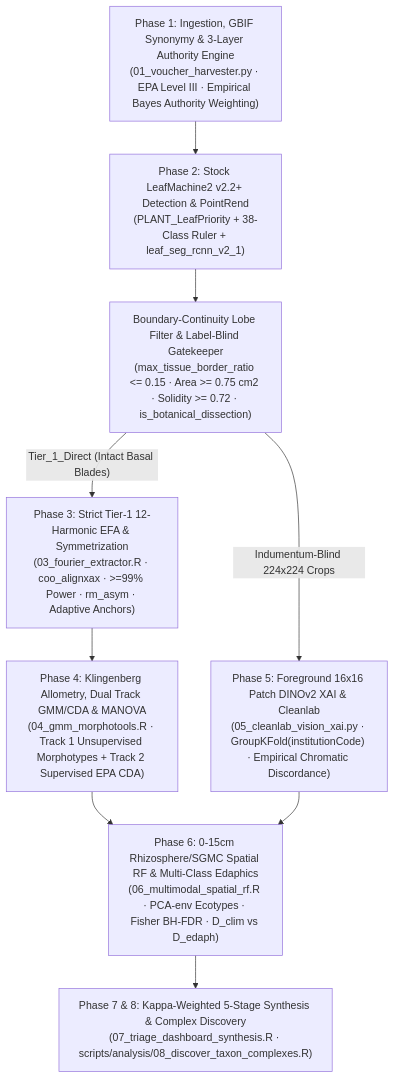
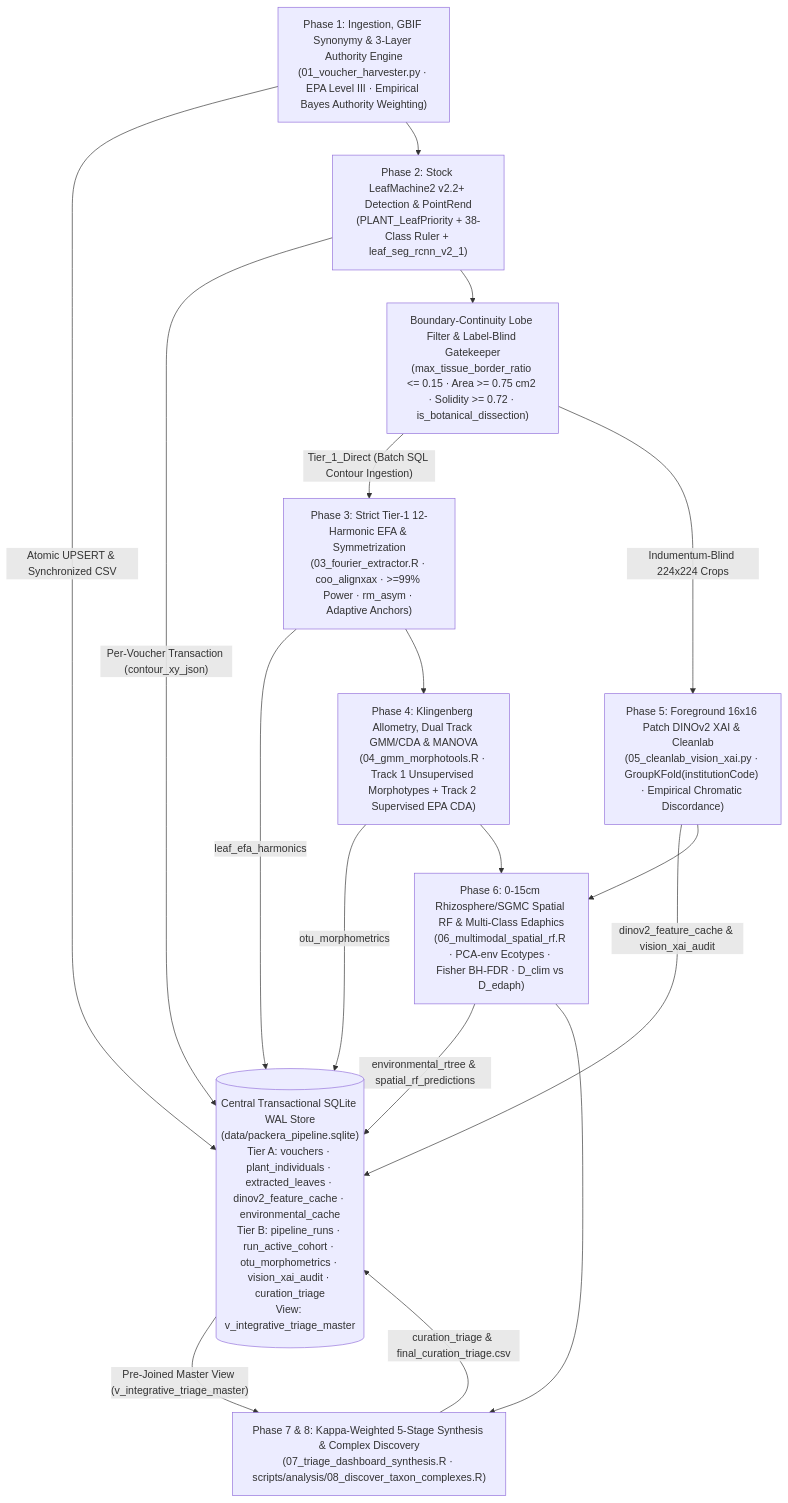
The diagram in README.md (Plantatsrophe/Packera_dubia_morphometrics), drawn with Mermaid before and after one commit. The commit also changed other lines of this file and 9 other files, not shown here.

Commit message:
feat: migrate pipeline storage to SQLite WAL mode with batch contour ingestion and feature caching

````diff
--- a/README.md
+++ b/README.md
@@ -83,10 +87,20 @@
 ```mermaid
 flowchart TD
-    B1["Phase 1: Ingestion, GBIF Synonymy & 3-Layer Authority Engine\n(01_voucher_harvester.py · EPA Level III · Empirical Bayes Authority Weighting)"] --> B2["Phase 2: Stock LeafMachine2 v2.2+ Detection & PointRend\n(PLANT_LeafPriority + 38-Class Ruler + leaf_seg_rcnn_v2_1)"]
+    DB[("Central Transactional SQLite WAL Store\n(data/packera_pipeline.sqlite)\nTier A: vouchers · plant_individuals · extracted_leaves · dinov2_feature_cache · environmental_cache\nTier B: pipeline_runs · run_active_cohort · otu_morphometrics · vision_xai_audit · curation_triage\nView: v_integrative_triage_master")]
+
+    B1["Phase 1: Ingestion, GBIF Synonymy & 3-Layer Authority Engine\n(01_voucher_harvester.py · EPA Level III · Empirical Bayes Authority Weighting)"] -->|"Atomic UPSERT & Synchronized CSV"| DB
+    B1 --> B2["Phase 2: Stock LeafMachine2 v2.2+ Detection & PointRend\n(PLANT_LeafPriority + 38-Class Ruler + leaf_seg_rcnn_v2_1)"]
+    B2 -->|"Per-Voucher Transaction (contour_xy_json)"| DB
     B2 --> B3["Boundary-Continuity Lobe Filter & Label-Blind Gatekeeper\n(max_tissue_border_ratio <= 0.15 · Area >= 0.75 cm2 · Solidity >= 0.72 · is_botanical_dissection)"]
-    B3 -->|"Tier_1_Direct (Intact Basal Blades)"| B4["Phase 3: Strict Tier-1 12-Harmonic EFA & Symmetrization\n(03_fourier_extractor.R · coo_alignxax · >=99% Power · rm_asym · Adaptive Anchors)"]
+    B3 -->|"Tier_1_Direct (Batch SQL Contour Ingestion)"| B4["Phase 3: Strict Tier-1 12-Harmonic EFA & Symmetrization\n(03_fourier_extractor.R · coo_alignxax · >=99% Power · rm_asym · Adaptive Anchors)"]
+    B4 -->|"leaf_efa_harmonics"| DB
     B4 --> B5["Phase 4: Klingenberg Allometry, Dual Track GMM/CDA & MANOVA\n(04_gmm_morphotools.R · Track 1 Unsupervised Morphotypes + Track 2 Supervised EPA CDA)"]
+    B5 -->|"otu_morphometrics"| DB
     B3 -->|"Indumentum-Blind 224x224 Crops"| B6["Phase 5: Foreground 16x16 Patch DINOv2 XAI & Cleanlab\n(05_cleanlab_vision_xai.py · GroupKFold(institutionCode) · Empirical Chromatic Discordance)"]
+    B6 -->|"dinov2_feature_cache & vision_xai_audit"| DB
     B5 & B6 --> B7["Phase 6: 0-15cm Rhizosphere/SGMC Spatial RF & Multi-Class Edaphics\n(06_multimodal_spatial_rf.R · PCA-env Ecotypes · Fisher BH-FDR · D_clim vs D_edaph)"]
+    B7 -->|"environmental_rtree & spatial_rf_predictions"| DB
     B7 --> B8["Phase 7 & 8: Kappa-Weighted 5-Stage Synthesis & Complex Discovery\n(07_triage_dashboard_synthesis.R · scripts/analysis/08_discover_taxon_complexes.R)"]
+    DB -->|"Pre-Joined Master View (v_integrative_triage_master)"| B8
+    B8 -->|"curation_triage & final_curation_triage.csv"| DB
 ```
````
